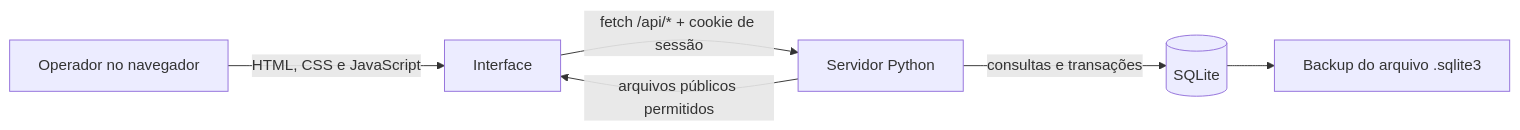
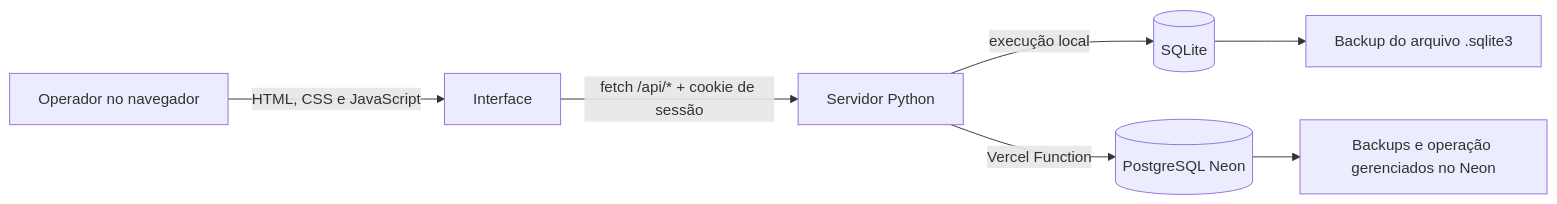
The diagram in DOCUMENTACAO.md (brnpessoa14/estoque-banca), drawn with Mermaid before and after one commit. The commit also changed other lines of this file and 12 other files, not shown here.

Commit message:
prepara produção no Vercel com PostgreSQL

````diff
--- a/DOCUMENTACAO.md
+++ b/DOCUMENTACAO.md
@@ -240,8 +243,9 @@
 ```mermaid
 flowchart LR
     U[Operador no navegador] -->|HTML, CSS e JavaScript| F[Interface]
     F -->|fetch /api/* + cookie de sessão| A[Servidor Python]
-    A -->|consultas e transações| D[(SQLite)]
-    A -->|arquivos públicos permitidos| F
+    A -->|execução local| D[(SQLite)]
+    A -->|Vercel Function| P[(PostgreSQL Neon)]
     D --> B[Backup do arquivo .sqlite3]
+    P --> N[Backups e operação gerenciados no Neon]
 ```
````
